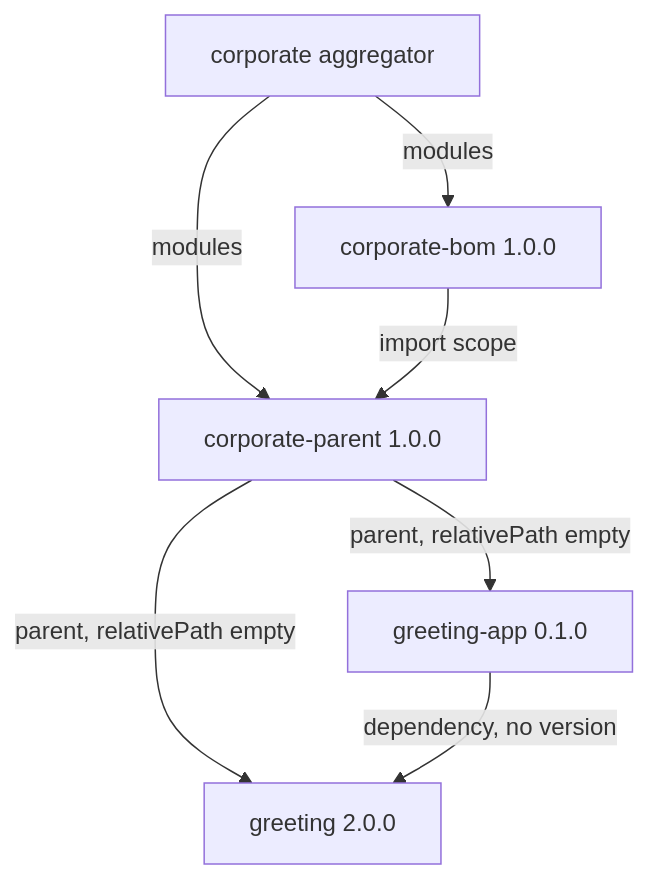
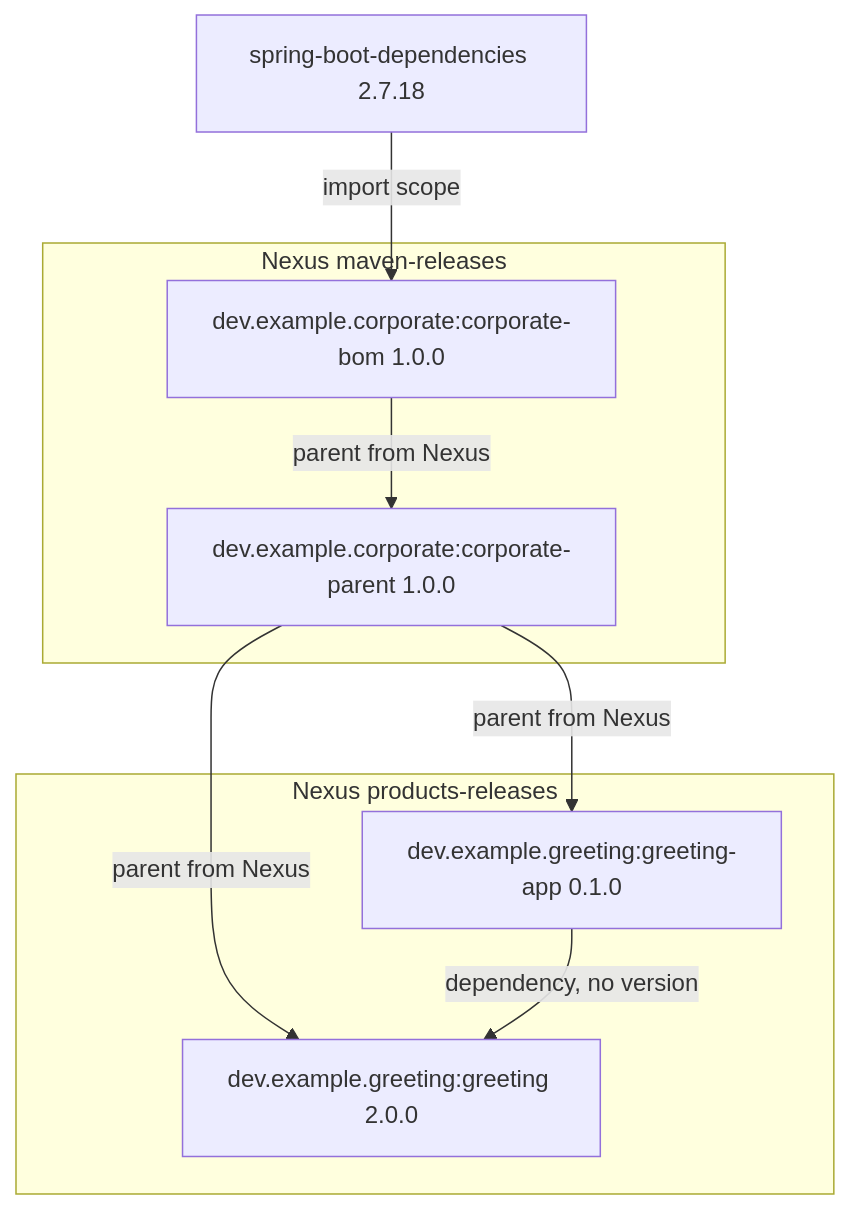
The first of 9 diagrams in README.md (IAAA-Lab/maven-corporate-pom), drawn with Mermaid before and after one commit. The commit also changed other lines of this file and 11 other files, not shown here.

First line of the commit message:
Align the platform with Spring Boot's parent chain and drop the aggregator.

````diff
--- a/README.md
+++ b/README.md
@@ -95,15 +101,18 @@
 ```mermaid
 flowchart TD
-    corporate["corporate aggregator"]
-    bom["corporate-bom 1.0.0"]
-    parent["corporate-parent 1.0.0"]
-    library["greeting 2.0.0"]
-    app["greeting-app 0.1.0"]
+    bootBom["spring-boot-dependencies 2.7.18"]
+    subgraph releases["Nexus maven-releases"]
+        bom["dev.example.corporate:corporate-bom 1.0.0"]
+        parent["dev.example.corporate:corporate-parent 1.0.0"]
+    end
+    subgraph products["Nexus products-releases"]
+        library["dev.example.greeting:greeting 2.0.0"]
+        app["dev.example.greeting:greeting-app 0.1.0"]
+    end
 
-    corporate -->|"modules"| bom
-    corporate -->|"modules"| parent
-    bom -->|"import scope"| parent
-    parent -->|"parent, relativePath empty"| library
-    parent -->|"parent, relativePath empty"| app
+    bootBom -->|"import scope"| bom
+    bom -->|"parent from Nexus"| parent
+    parent -->|"parent from Nexus"| library
+    parent -->|"parent from Nexus"| app
     app -->|"dependency, no version"| library
 ```
````
